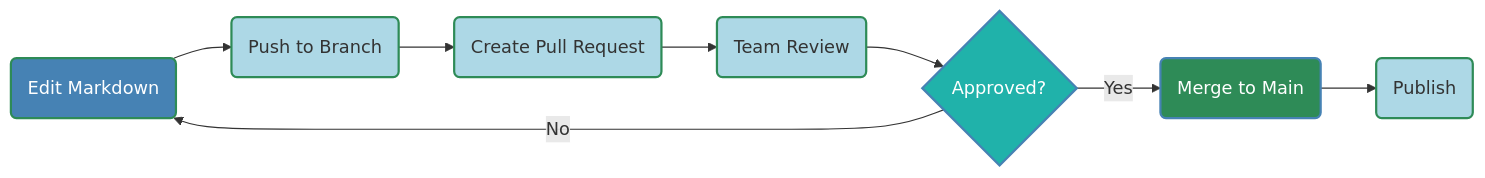
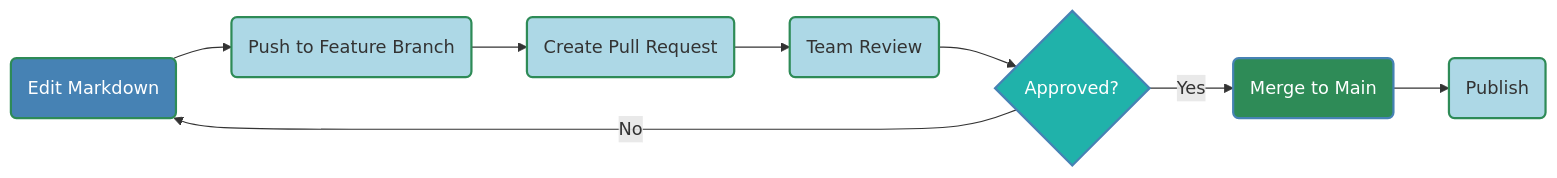
Before and after one commit to buckeye43210/markdown-to-snowkb: the fifth of 7 diagrams in README.md, drawn with Mermaid. The commit also changed other lines of this file, not shown here.

````diff
--- a/README.md
+++ b/README.md
@@ -213,19 +213,19 @@
 ```mermaid
 graph LR
     A(Edit Markdown)
-    A --> B(Push to Branch)
+    A --> B(Push to Feature Branch)
     B --> C(Create Pull Request)
     C --> D(Team Review)
     D --> E{Approved?}
     E -->|Yes| F(Merge to Main)
     E -->|No| A
     F --> G(Publish)
     
     style A fill:#4682B4,stroke:#2E8B57,stroke-width:2px,color:#FFFFFF
     style B fill:#ADD8E6,stroke:#2E8B57,stroke-width:2px
     style C fill:#ADD8E6,stroke:#2E8B57,stroke-width:2px
     style D fill:#ADD8E6,stroke:#2E8B57,stroke-width:2px
     style E fill:#20B2AA,stroke:#4682B4,stroke-width:2px,color:#FFFFFF
     style F fill:#2E8B57,stroke:#4682B4,stroke-width:2px,color:#FFFFFF
     style G fill:#ADD8E6,stroke:#2E8B57,stroke-width:2px
 ```
````
